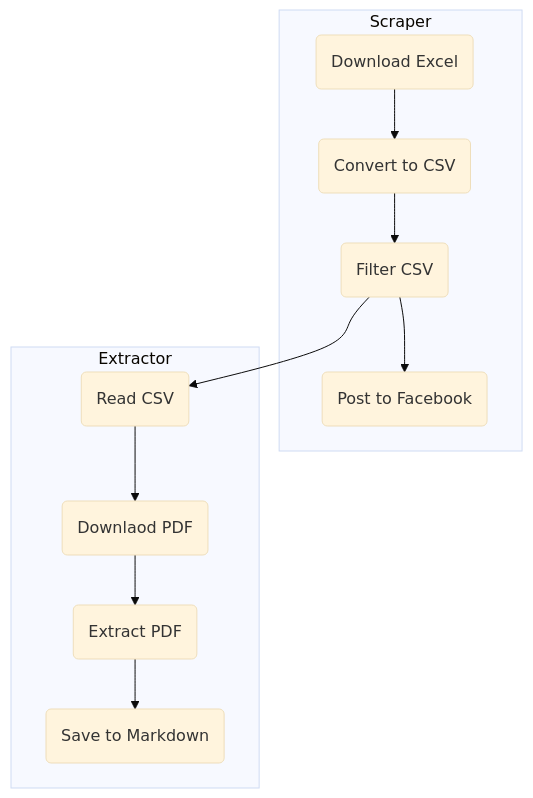
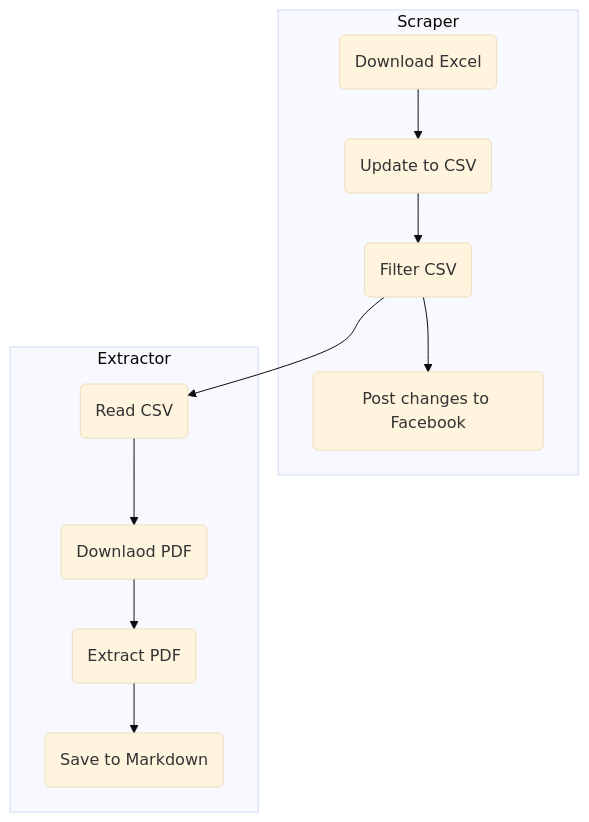
One commit to narze/ratchagitja.md changed the second of 2 diagrams in README.md. Above: the diagram before and after it, drawn with Mermaid (base theme). The commit also changed other lines of this file, not shown here.

````diff
--- a/README.md
+++ b/README.md
@@ -54,22 +55,22 @@
 ```mermaid
 flowchart TB
   subgraph Scraper
     download(Download Excel)
-    convert(Convert to CSV)
+    convert(Update to CSV)
     filters(Filter CSV)
-    post(Post to Facebook)
+    post(Post changes to Facebook)
     download --> convert
     convert --> filters
     filters --> post
   end
   subgraph Extractor
     load(Read CSV)
     pdf(Downlaod PDF)
     extract(Extract PDF)
     save(Save to Markdown)
     filters --> load
     load --> pdf
     pdf --> extract
     extract --> save
   end
 ```
````
